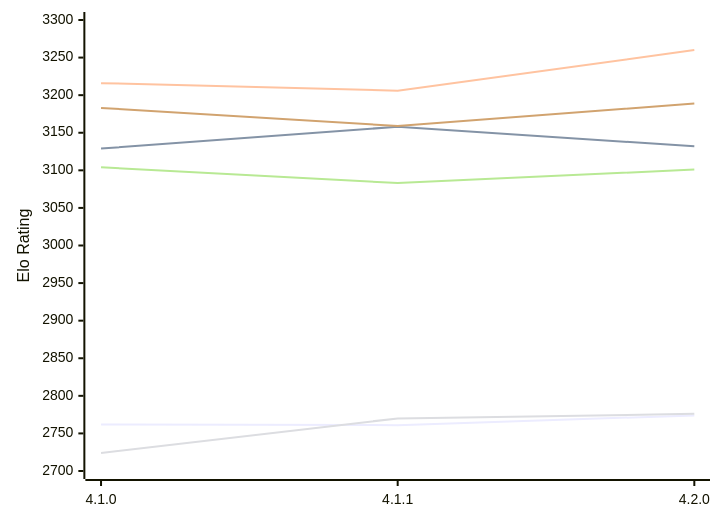
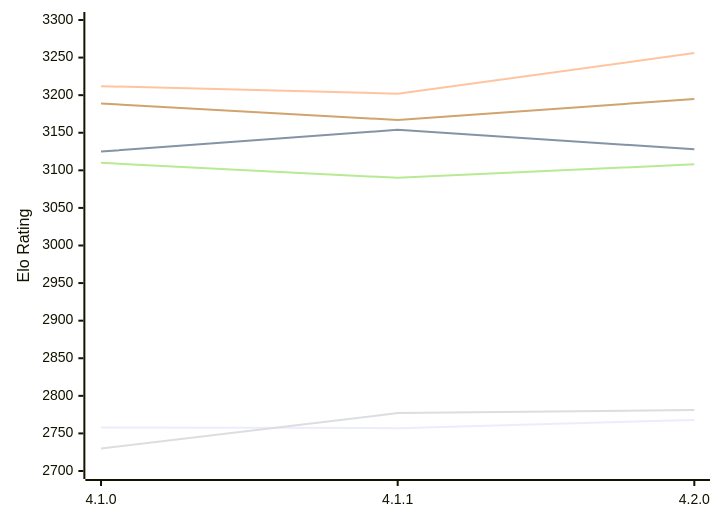
Before and after one commit to computer-chess-index/cci: the diagram in engines/LunaChessEngine.md, drawn with Mermaid. The commit also changed other lines of this file, not shown here.

Commit message:
Update CCI Ratings (ELO VLTC) - 2026-11-21

````diff
--- a/engines/LunaChessEngine.md
+++ b/engines/LunaChessEngine.md
@@ -51,12 +51,12 @@
 ```mermaid
 %%{init: {"theme":"base","themeVariables":{"seriesColors:['#a3a3a3','#222221','#faa371']}}}%%
 xychart-beta
   x-axis ["4.1.0", "4.1.1", "4.2.0"]
   y-axis "Elo Rating" 2700 --> 3300
-  line "E1: STC (8.0+0.08s)" [2762, 2761, 2774]
-  line "E1: LTC (60.0+0.60s)" [3129, 3158, 3132]
-  line "E1: VLTC (2m24s+1.12s)" [3216, 3206, 3260]
-  line "P1: STC (8.0+0.08s)" [2724, 2770, 2776]
-  line "P1: LTC (60.0+0.60s)" [3104, 3083, 3101]
-  line "P1: VLTC (2m24s+1.12s)" [3183, 3159, 3189]
+  line "E1: STC (8.0+0.08s)" [2758, 2757, 2768]
+  line "E1: LTC (60.0+0.60s)" [3125, 3154, 3128]
+  line "E1: VLTC (2m24s+1.12s)" [3212, 3202, 3256]
+  line "P1: STC (8.0+0.08s)" [2730, 2777, 2781]
+  line "P1: LTC (60.0+0.60s)" [3110, 3090, 3108]
+  line "P1: VLTC (2m24s+1.12s)" [3189, 3167, 3195]
 ```
````
